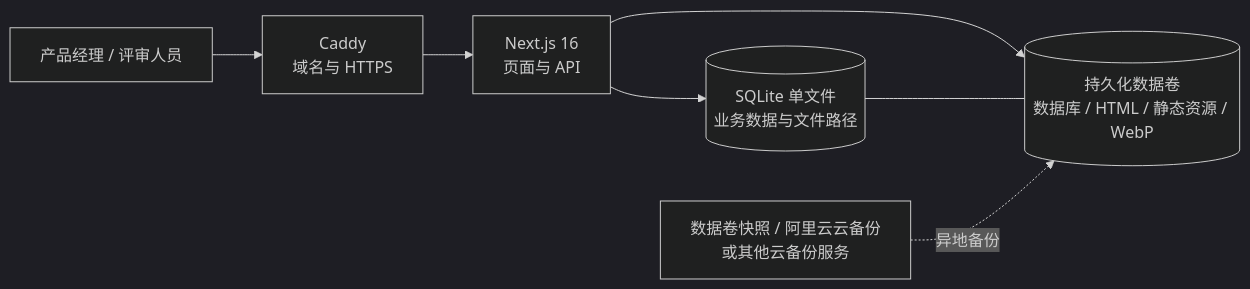
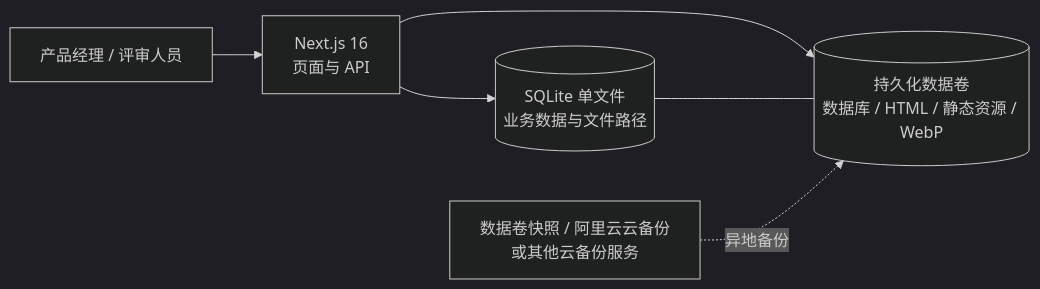
One commit to wewelove/prototype-html-hosting-platform changed the diagram in README.md. Above: the diagram before and after it, drawn with Mermaid (dark theme). The commit also changed other lines of this file and 16 other files, not shown here.

````diff
--- a/README.md
+++ b/README.md
@@ -99,9 +96,8 @@
 ```mermaid
 flowchart LR
-    U["产品经理 / 评审人员"] --> C["Caddy\n域名与 HTTPS"]
-    C --> A["Next.js 16\n页面与 API"]
+    U["产品经理 / 评审人员"] --> A["Next.js 16\n页面与 API"]
     A --> S[("SQLite 单文件\n业务数据与文件路径")]
     A --> D[("持久化数据卷\n数据库 / HTML / 静态资源 / WebP")]
     S --- D
     Y["数据卷快照 / 阿里云云备份\n或其他云备份服务"] -.异地备份.-> D
 ```
````
